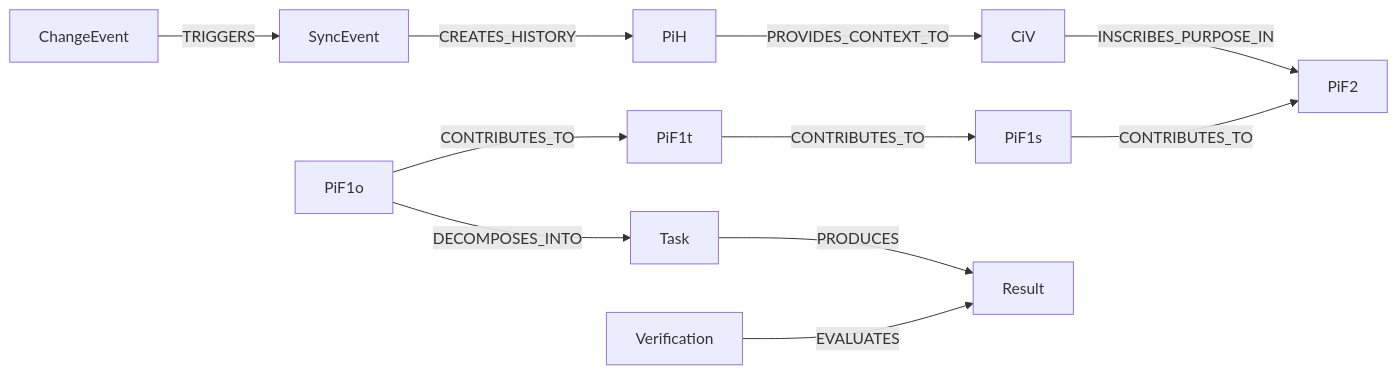
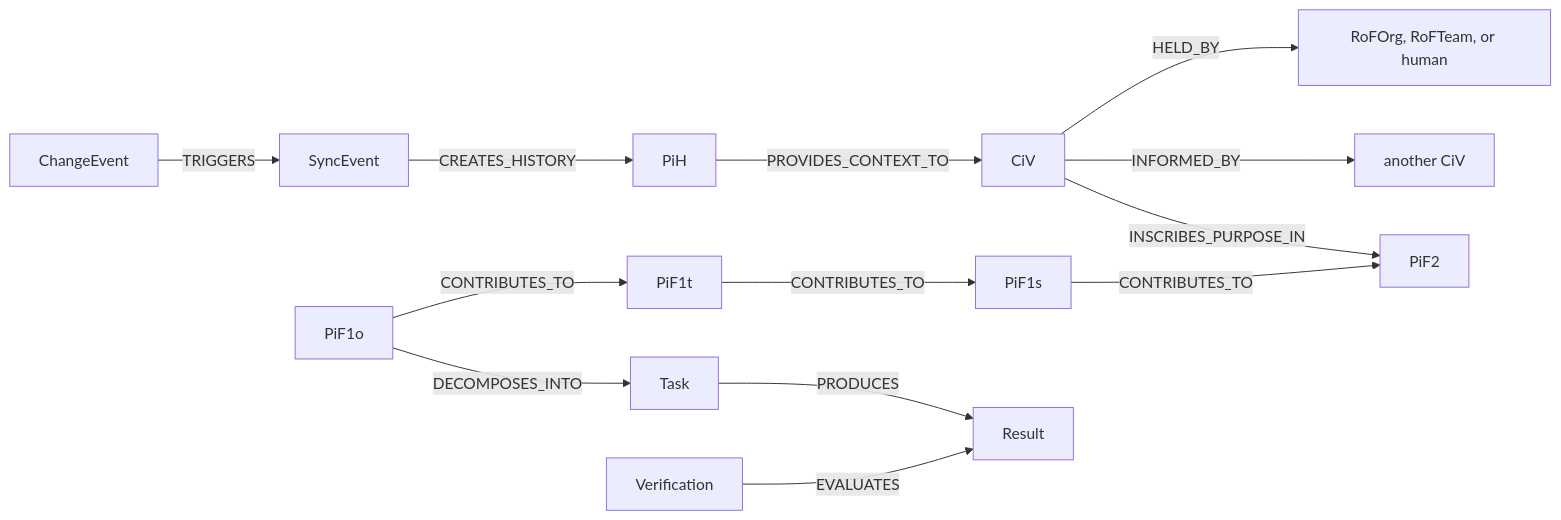
Before and after one commit to eeimicke/junaco-jci-loop: the diagram in docs/en/guides/JCI_INTRODUCTION.md, drawn with Mermaid. The commit also changed other lines of this file and 43 other files, not shown here.

````diff
--- a/docs/en/guides/JCI_INTRODUCTION.md
+++ b/docs/en/guides/JCI_INTRODUCTION.md
@@ -13,13 +13,15 @@
 ```mermaid
 flowchart LR
     PiH -->|PROVIDES_CONTEXT_TO| CiV
+    CiV -->|HELD_BY| ValueHolder[RoFOrg, RoFTeam, or human]
+    CiV -->|INFORMED_BY| SourceCiV[another CiV]
     CiV -->|INSCRIBES_PURPOSE_IN| PiF2
     PiF1s -->|CONTRIBUTES_TO| PiF2
     PiF1t -->|CONTRIBUTES_TO| PiF1s
     PiF1o -->|CONTRIBUTES_TO| PiF1t
     PiF1o -->|DECOMPOSES_INTO| Task
     Task -->|PRODUCES| Result
     Verification -->|EVALUATES| Result
     ChangeEvent -->|TRIGGERS| SyncEvent
     SyncEvent -->|CREATES_HISTORY| PiH
 ```
````
